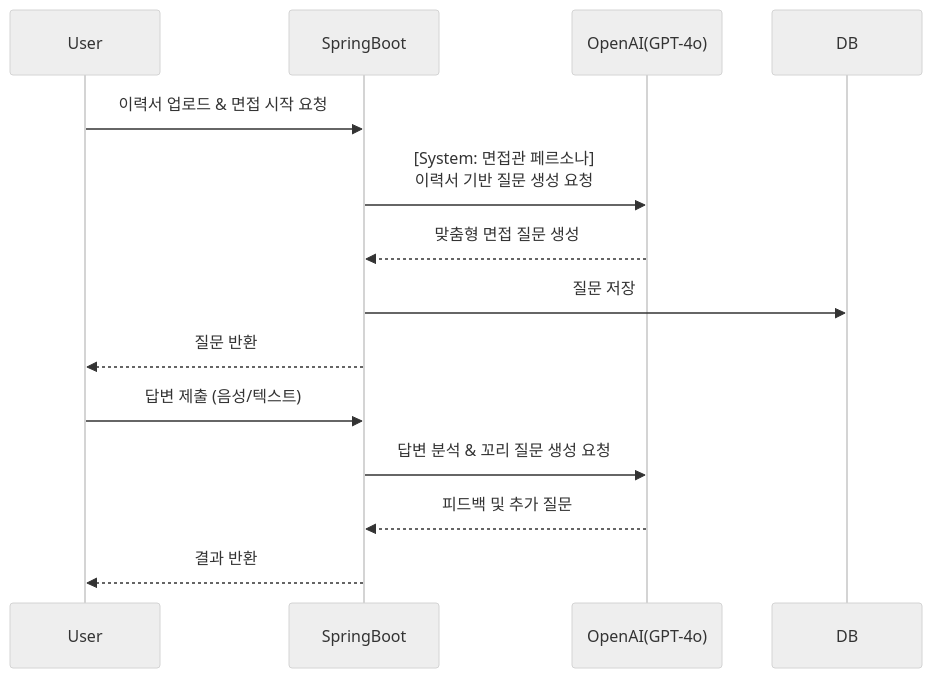
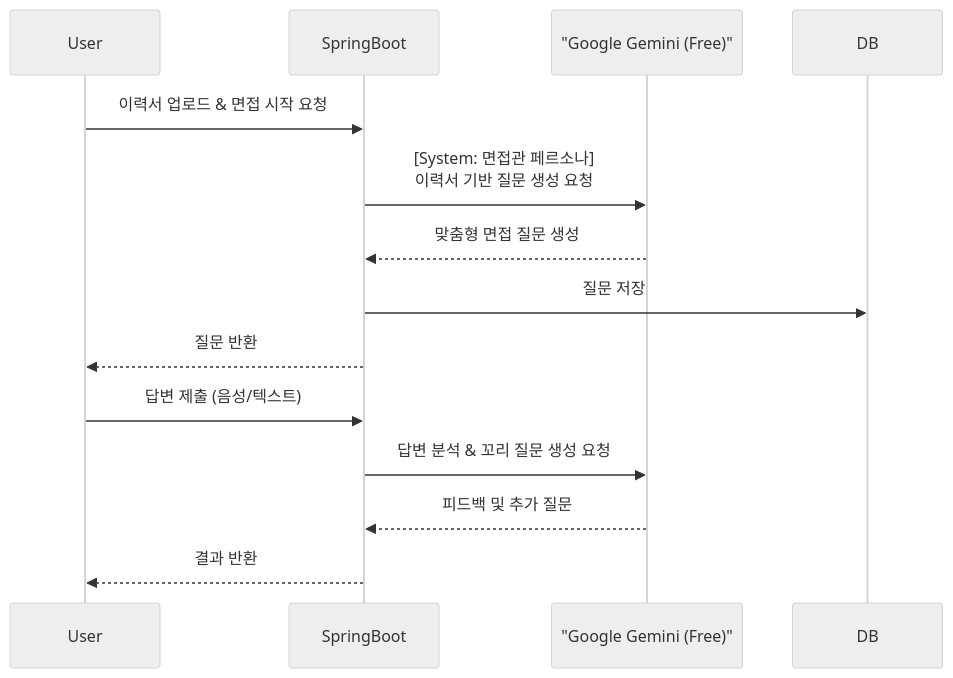
Before and after one commit to PreView-Labs/PreView-doc: the third of 4 diagrams in 02_Architecure/인프라 아키텍처.md, drawn with Mermaid (neutral theme). The commit also changed other lines of this file, not shown here.

Commit message:
[feat]: 인프라 아키텍처 다이어그램 수정

````diff
--- a/02_Architecure/인프라 아키텍처.md
+++ b/02_Architecure/인프라 아키텍처.md
@@ -157,18 +161,18 @@
 ```mermaid
 sequenceDiagram
     participant User
     participant SpringBoot
-    participant LLM as OpenAI(GPT-4o)
+    participant LLM as "Google Gemini (Free)"
     participant DB
 
     User->>SpringBoot: 이력서 업로드 & 면접 시작 요청
     SpringBoot->>LLM: [System: 면접관 페르소나]<br/>이력서 기반 질문 생성 요청
     LLM-->>SpringBoot: 맞춤형 면접 질문 생성
     SpringBoot->>DB: 질문 저장
     SpringBoot-->>User: 질문 반환
     
     User->>SpringBoot: 답변 제출 (음성/텍스트)
     SpringBoot->>LLM: 답변 분석 & 꼬리 질문 생성 요청
     LLM-->>SpringBoot: 피드백 및 추가 질문
     SpringBoot-->>User: 결과 반환
 ```
````
